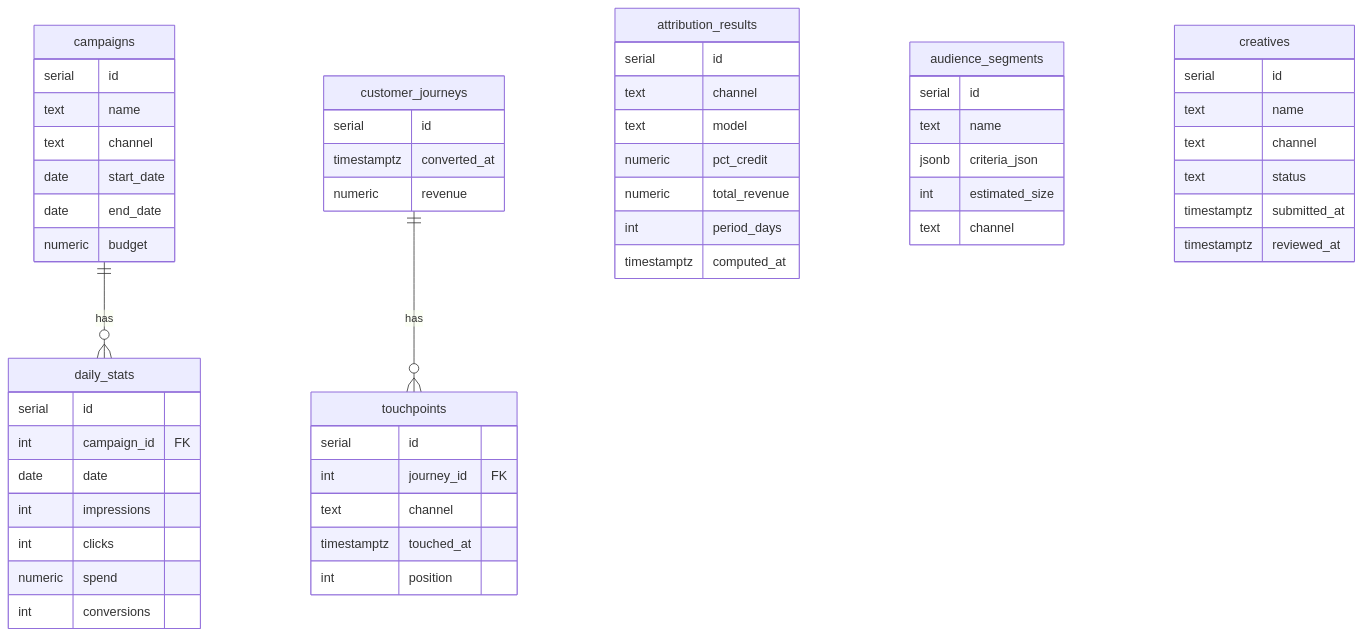
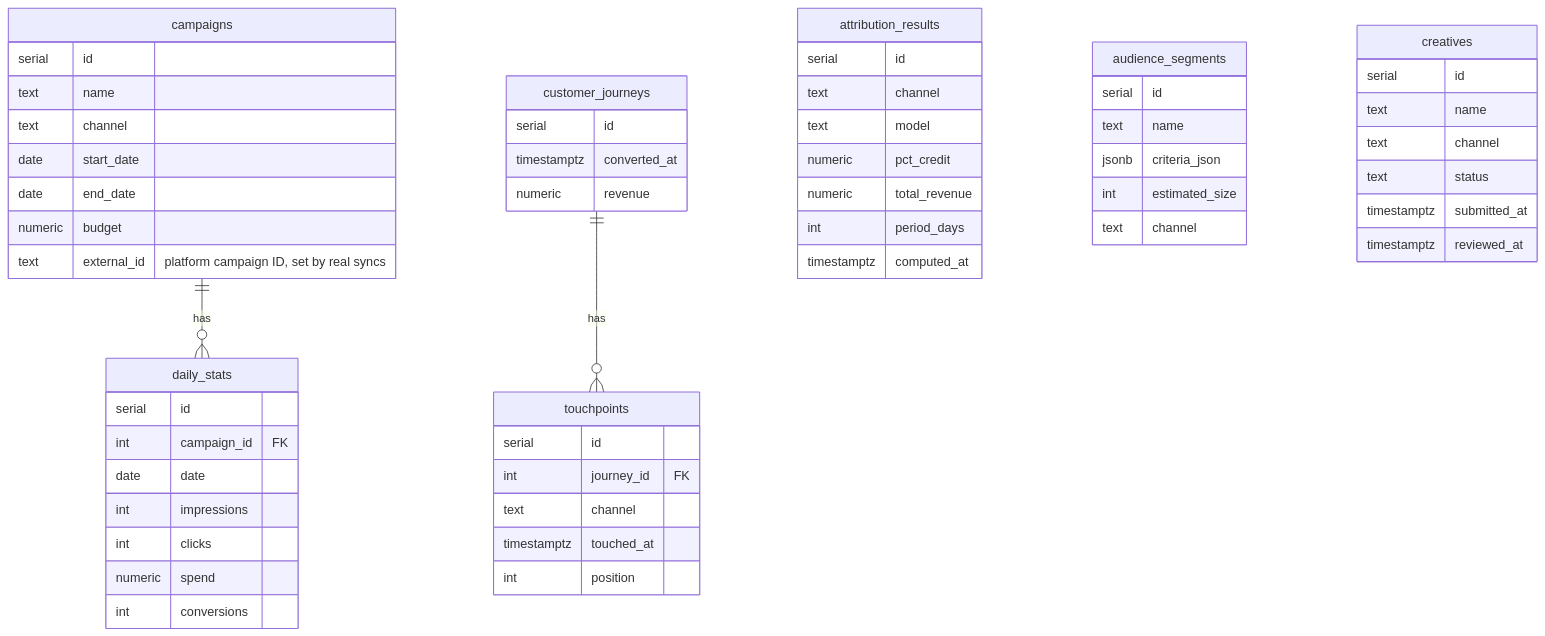
One commit to karthik7271/VANTAGE changed the second of 2 diagrams in vantage/README.md. Above: the diagram before and after it, drawn with Mermaid. The commit also changed other lines of this file and 15 other files, not shown here.

````diff
--- a/vantage/README.md
+++ b/vantage/README.md
@@ -138,59 +153,60 @@
 ```mermaid
 erDiagram
     campaigns ||--o{ daily_stats : "has"
     customer_journeys ||--o{ touchpoints : "has"
 
     campaigns {
         serial id
         text name
         text channel
         date start_date
         date end_date
         numeric budget
+        text external_id "platform campaign ID, set by real syncs"
     }
     daily_stats {
         serial id
         int campaign_id FK
         date date
         int impressions
         int clicks
         numeric spend
         int conversions
     }
     customer_journeys {
         serial id
         timestamptz converted_at
         numeric revenue
     }
     touchpoints {
         serial id
         int journey_id FK
         text channel
         timestamptz touched_at
         int position
     }
     attribution_results {
         serial id
         text channel
         text model
         numeric pct_credit
         numeric total_revenue
         int period_days
         timestamptz computed_at
     }
     audience_segments {
         serial id
         text name
         jsonb criteria_json
         int estimated_size
         text channel
     }
     creatives {
         serial id
         text name
         text channel
         text status
         timestamptz submitted_at
         timestamptz reviewed_at
     }
 ```
````
